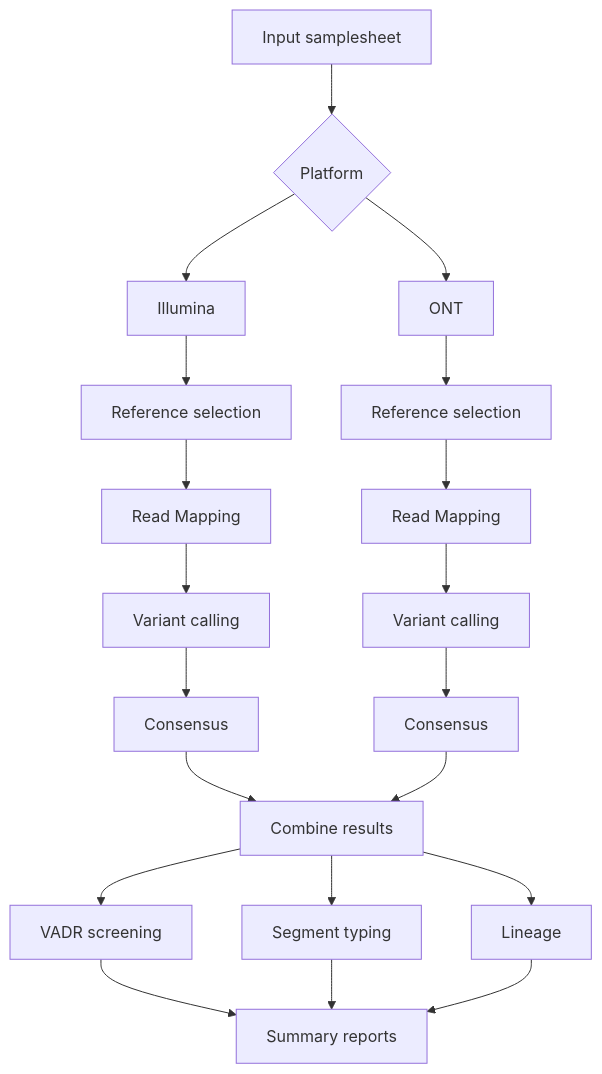
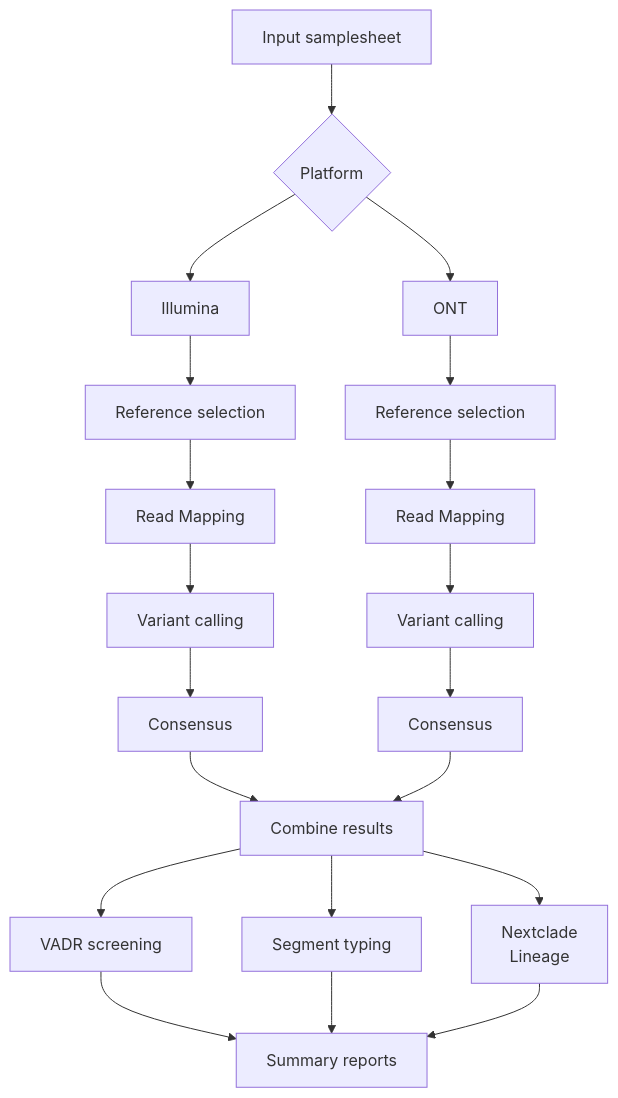
One commit to provlab-bioinfo/nf-fluab changed the diagram in README.md. Above: the diagram before and after it, drawn with Mermaid.

Commit message:
Update lineage reference to Nextclade

````diff
--- a/README.md
+++ b/README.md
@@ -12,29 +12,29 @@
 ```mermaid
 flowchart TD
     A[Input samplesheet] --> B{Platform}
     B --> C[Illumina]
     B --> D[ONT]
 
     C --> E[Reference selection]
     D --> F[Reference selection]
 
     E --> G[Read Mapping]
     F --> H[Read Mapping]
 
     G --> I[Variant calling]
     H --> J[Variant calling]
 
     I --> K[Consensus]
     J --> L[Consensus]
 
     K --> M[Combine results]
     L --> M
 
     M --> N[VADR screening]
     M --> O[Segment typing]
-    M --> P[Lineage]
+    M --> P[Nextclade<br>Lineage]
 
     N --> Q[Summary reports]
     O --> Q
     P --> Q
 ```
````
